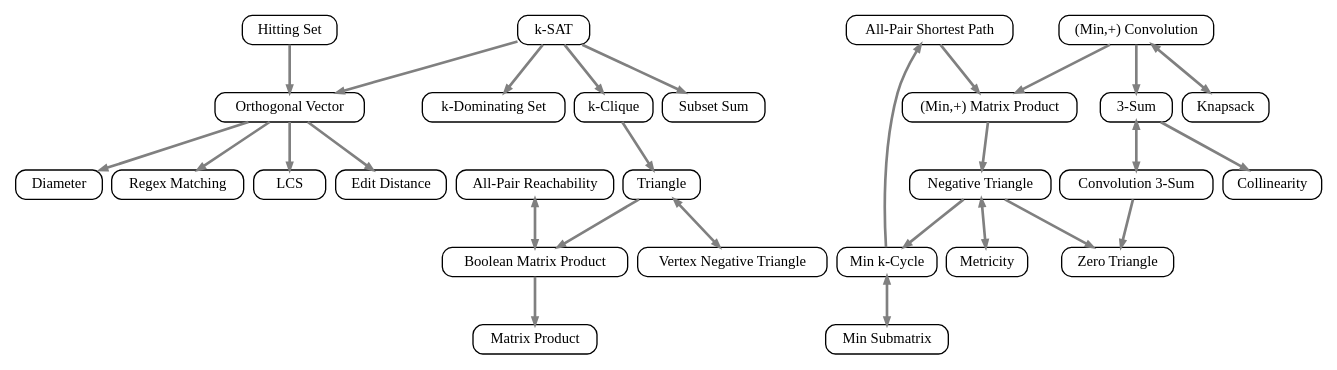
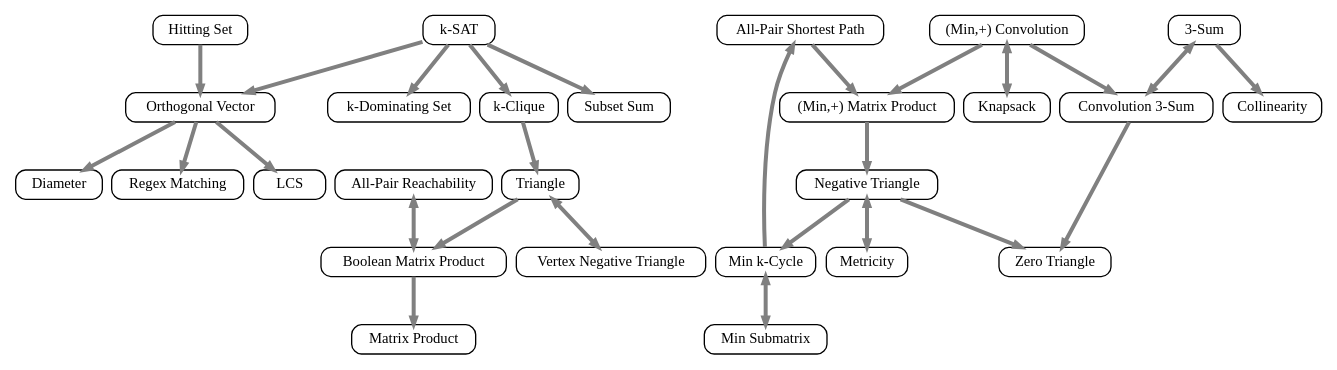
One commit to YanhengWang/yanhengwang.github.io changed the diagram in notes/fine-grained/navigation.gv. Above: the diagram before and after it, drawn with Graphviz. The commit also changed 7 other files, not shown here.

```diff
--- a/notes/fine-grained/navigation.gv
+++ b/notes/fine-grained/navigation.gv
@@ -1,66 +1,65 @@
 digraph reductions {
 	graph [nodesep=0.1]
 	node [fontname="Gentium Basic"; fontsize=11; shape=box; style=rounded; height=0.3]
-	edge [penwidth=2; arrowsize=0.5; color="grey", target="_top"]
+	edge [penwidth=3; arrowsize=0.5; color="grey", target="_top"]
 
 	sat [label="k-SAT"]
 	ov [label="Orthogonal Vector"]
 	apsp [label="All-Pair Shortest Path"]
 	sum3 [label="3-Sum"]
 
 	dom [label="k-Dominating Set"]
 	clique [label="k-Clique"]
 	subset_sum [label="Subset Sum"]
 	knapsack [label="Knapsack"]
 	hs [label="Hitting Set"]
 
 	diam [label="Diameter"]
 	regex [label="Regex Matching"]
 	lcs [label="LCS"]
-	ed [label="Edit Distance"]
 
 	mat_prod [label="Matrix Product"]
 	mat_prod_bool [label="Boolean Matrix Product"]
 	mat_prod_minplus [label="(Min,+) Matrix Product"]
-	conv_minplus [label="(Min,+) Convolution"]
+	minplus_conv [label="(Min,+) Convolution"]
 
 	tri [label="Triangle"]
 	tri_neg_v [label="Vertex Negative Triangle"]
 	tri_neg [label="Negative Triangle"]
 	tri_zero [label="Zero Triangle"]
 	min_k_cycle [label="Min k-Cycle"]
 	metric [label="Metricity"]
 	submat_sum [label="Min Submatrix"]
 	reach [label="All-Pair Reachability"]
 
 	sum3_conv [label="Convolution 3-Sum"]
 	collinear [label="Collinearity"]
 
 	sat -> {ov, dom, clique, subset_sum}
 	clique -> tri
 	hs -> ov
 	ov -> diam [URL="OV-diameter"]
 	ov -> regex [URL="OV-regex"]
 	ov -> lcs
-	ov -> ed
 
 	apsp -> mat_prod_minplus [URL="APSP-minplus"]
 	mat_prod_minplus -> tri_neg [URL="minplus-negtriangle"]
 	tri_neg -> min_k_cycle [URL="negtriangle-mincycle"]
 	tri_neg -> metric [dir=both; URL="negtriangle-metric"]
 	tri_neg -> tri_zero [URL="negtriangle-zerotriangle"]
 	min_k_cycle -> apsp [URL="mincycle-APSP"]
 	min_k_cycle -> submat_sum [dir=both; URL="mincycle-minsubmatrix"]
 
 	tri -> tri_neg_v [dir=both; URL="triangle-vnegtriangle"]
 	tri -> mat_prod_bool [URL="triangle-BMM"]
 	reach -> mat_prod_bool [dir=both; URL="reachability-BMM"]
 	mat_prod_bool -> mat_prod [URL="BMM-MM"]
 
 	sum3 -> sum3_conv [dir=both, URL="3sum-conv3sum"]
 	sum3 -> collinear [URL="3sum-collinearity"]
-	sum3_conv -> tri_zero
+	sum3_conv -> tri_zero [URL="conv3sum-zerotriangle"]
 
-	conv_minplus -> {sum3, mat_prod_minplus}
-	conv_minplus -> knapsack [dir=both]
+	minplus_conv -> sum3_conv [URL="minplusconv-conv3sum"]
+	minplus_conv -> mat_prod_minplus [URL="minplusconv-minplus"]
+	minplus_conv -> knapsack [dir=both, URL="minplusconv-knapsack"]
 }
```
